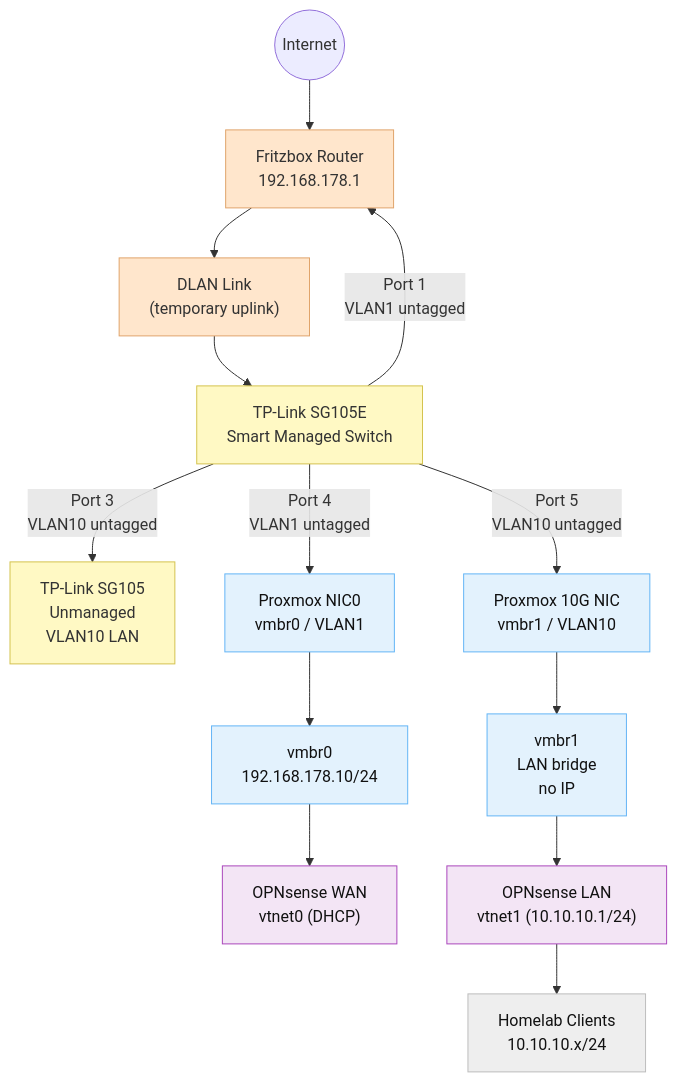
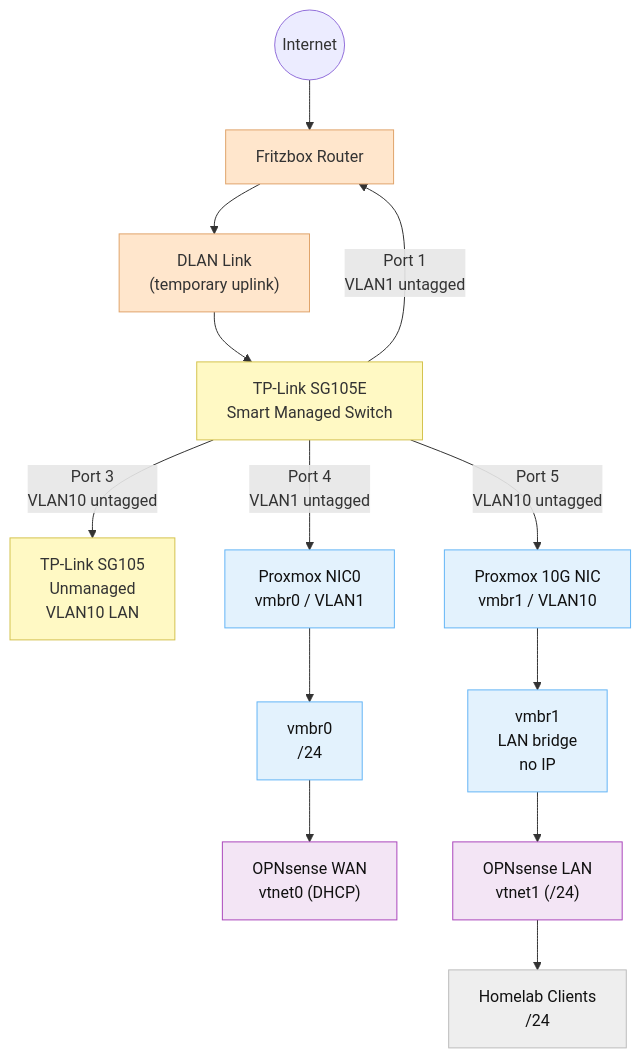
Before and after one commit to Noxwer-beep/homelab-infrastructure: the diagram in docs/04_Network_Architecture.md, drawn with Mermaid. The commit also changed other lines of this file and 8 other files, not shown here.

````diff
--- a/docs/04_Network_Architecture.md
+++ b/docs/04_Network_Architecture.md
@@ -4,51 +4,51 @@
 ```mermaid
 graph TD
     %% ===== Classes / Colors =====
     classDef router fill:#ffe6cc,stroke:#e0a46b,stroke-width:1px,color:#333;
     classDef switch fill:#fff9c4,stroke:#d4c34f,stroke-width:1px,color:#333;
     classDef server fill:#e3f2fd,stroke:#64b5f6,stroke-width:1px,color:#111;
     classDef fw fill:#f3e5f5,stroke:#ab47bc,stroke-width:1px,color:#111;
     classDef client fill:#eeeeee,stroke:#bdbdbd,stroke-width:1px,color:#111;
 
     %% ===== Nodes =====
     Internet((Internet))
 
-    Fritzbox["Fritzbox Router<br>192.168.178.1"]
+    Fritzbox["Fritzbox Router<br><home-router-ip>"]
     DLAN["DLAN Link<br>(temporary uplink)"]
 
     SG105E["TP-Link SG105E<br>Smart Managed Switch"]
     SG105["TP-Link SG105<br>Unmanaged<br>VLAN10 LAN"]
 
     ProxmoxNIC0["Proxmox NIC0<br>vmbr0 / VLAN1"]
     Proxmox10G["Proxmox 10G NIC<br>vmbr1 / VLAN10"]
 
     OPN_WAN["OPNsense WAN<br>vtnet0 (DHCP)"]
-    OPN_LAN["OPNsense LAN<br>vtnet1 (10.10.10.1/24)"]
+    OPN_LAN["OPNsense LAN<br>vtnet1 (<lab-gateway>/24)"]
 
-    HomelabClients["Homelab Clients<br>10.10.10.x/24"]
+    HomelabClients["Homelab Clients<br><lab-subnet>/24"]
 
     %% ===== Connections =====
     Internet --> Fritzbox
     Fritzbox --> DLAN
     DLAN --> SG105E
 
     SG105E -->|"Port 4<br>VLAN1 untagged"| ProxmoxNIC0
     SG105E -->|"Port 5<br>VLAN10 untagged"| Proxmox10G
     SG105E -->|"Port 3<br>VLAN10 untagged"| SG105
     SG105E -->|"Port 1<br>VLAN1 untagged"| Fritzbox
 
-    ProxmoxNIC0 --> vmbr0["vmbr0<br>192.168.178.10/24"]
+    ProxmoxNIC0 --> vmbr0["vmbr0<br><mgmt-subnet>/24"]
     Proxmox10G --> vmbr1["vmbr1<br>LAN bridge<br>no IP"]
 
     vmbr0 --> OPN_WAN
     vmbr1 --> OPN_LAN
 
     OPN_LAN --> HomelabClients
 
     %% ===== Class assignments =====
     class Fritzbox,DLAN router;
     class SG105E,SG105 switch;
     class ProxmoxNIC0,Proxmox10G,vmbr0,vmbr1 server;
     class OPN_WAN,OPN_LAN fw;
     class HomelabClients client;
 ```
````
